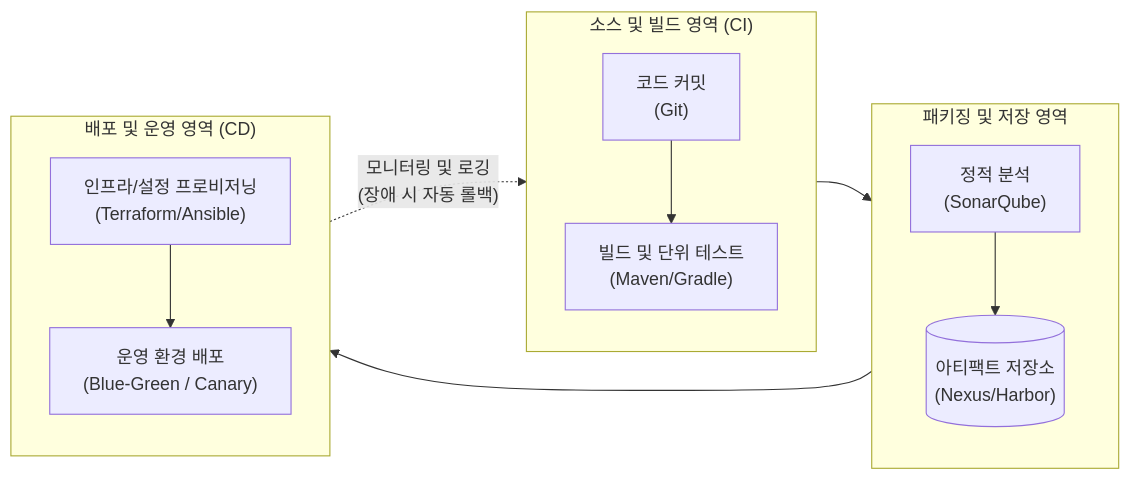
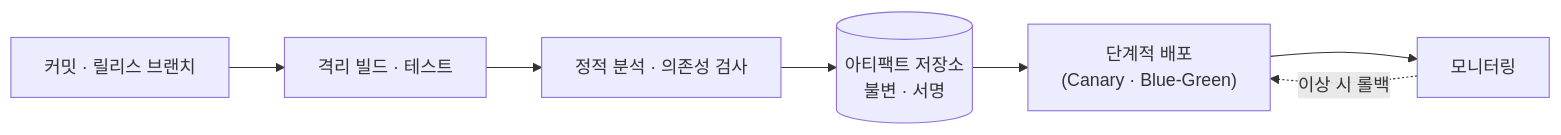
The diagram in content/01_IT Tech/릴리즈 엔지니어링.md (supremethumb/supremethumb.github.io), drawn with Mermaid before and after one commit. The commit also changed other lines of this file and 1087 other files, not shown here.

````diff
--- a/content/01_IT Tech/릴리즈 엔지니어링.md
+++ b/content/01_IT Tech/릴리즈 엔지니어링.md
@@ -27,22 +35,9 @@
 ```mermaid
 flowchart LR
-    subgraph Source_Build ["소스 및 빌드 영역 (CI)"]
-        direction TB
-        Code["코드 커밋\n(Git)"] --> Build["빌드 및 단위 테스트\n(Maven/Gradle)"]
-    end
-
-    subgraph Package_Store ["패키징 및 저장 영역"]
-        direction TB
-        Build --> SAST["정적 분석\n(SonarQube)"]
-        SAST --> Repo[("아티팩트 저장소\n(Nexus/Harbor)")]
-    end
-
-    subgraph Deploy_Operate ["배포 및 운영 영역 (CD)"]
-        direction TB
-        Repo --> Config["인프라/설정 프로비저닝\n(Terraform/Ansible)"]
-        Config --> Prod["운영 환경 배포\n(Blue-Green / Canary)"]
-    end
-
-    Prod -. "모니터링 및 로깅\n(장애 시 자동 롤백)" .-> Code
-
+    C["커밋 · 릴리스 브랜치"] --> B["격리 빌드 · 테스트"]
+    B --> S["정적 분석 · 의존성 검사"]
+    S --> A[("아티팩트 저장소<br/>불변 · 서명")]
+    A --> D["단계적 배포<br/>(Canary · Blue-Green)"]
+    D --> M["모니터링"]
+    M -. "이상 시 롤백" .-> D
 ```
````
